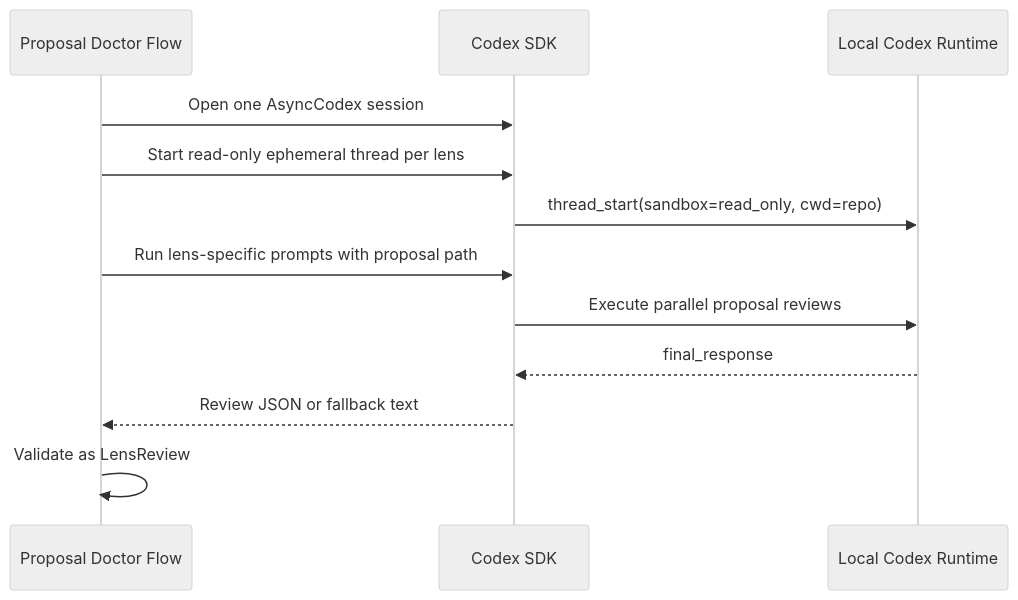
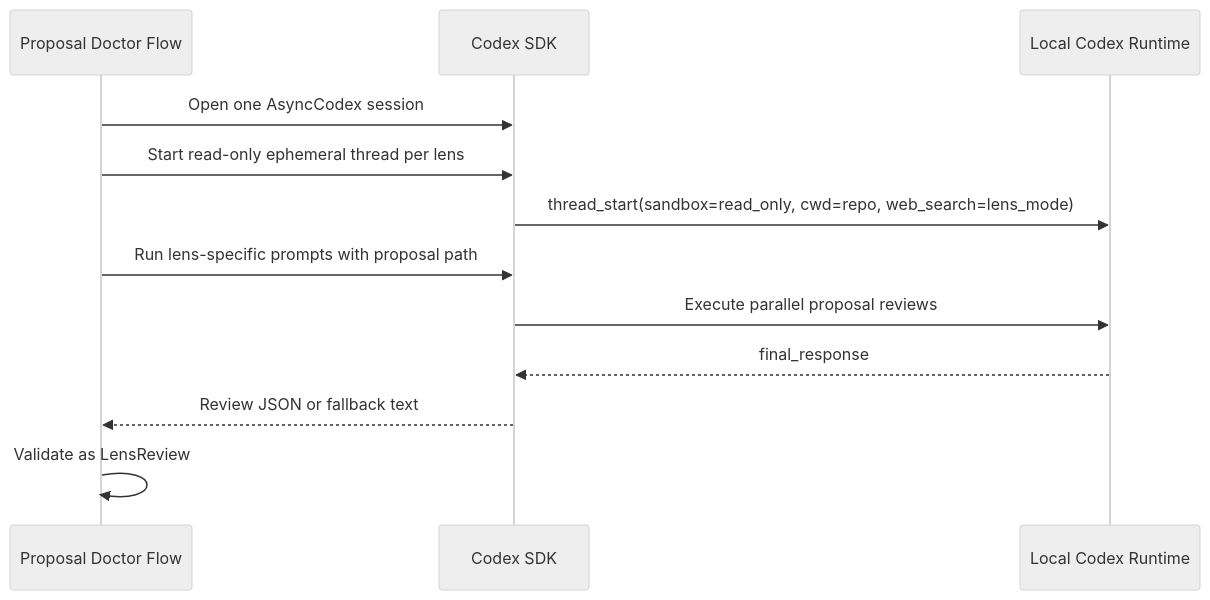
Before and after one commit to koizumikento/proposal-doctor: the second of 2 diagrams in docs/SPEC.md, drawn with Mermaid (neutral theme). The commit also changed other lines of this file and 8 other files, not shown here.

Commit message:
Add web search policy configuration to proposal reviews and update documentation. Introduce lens-specific web search settings and external sources reporting in review outputs.

````diff
--- a/docs/SPEC.md
+++ b/docs/SPEC.md
@@ -137,15 +165,15 @@
 ```mermaid
 sequenceDiagram
     participant Flow as Proposal Doctor Flow
     participant SDK as Codex SDK
     participant Codex as Local Codex Runtime
 
     Flow->>SDK: Open one AsyncCodex session
     Flow->>SDK: Start read-only ephemeral thread per lens
-    SDK->>Codex: thread_start(sandbox=read_only, cwd=repo)
+    SDK->>Codex: thread_start(sandbox=read_only, cwd=repo, web_search=lens_mode)
     Flow->>SDK: Run lens-specific prompts with proposal path
     SDK->>Codex: Execute parallel proposal reviews
     Codex-->>SDK: final_response
     SDK-->>Flow: Review JSON or fallback text
     Flow->>Flow: Validate as LensReview
 ```
````
